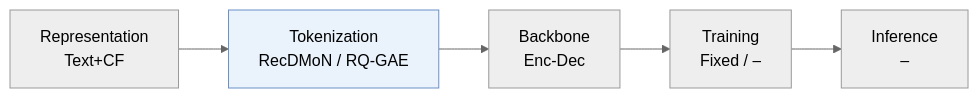
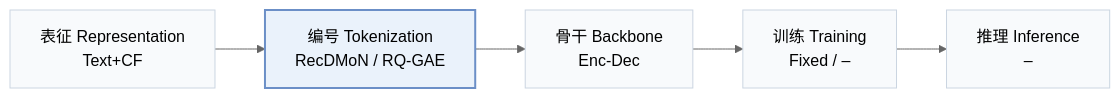
The first of 2 diagrams in pages/zh/papers/gris-recdmon-rq-gae.md (Galaxy-ghost/Awesome-SID-Generative-Rec), drawn with Mermaid (neutral theme) before and after one commit. The commit also changed other lines of this file and 649 other files, not shown here.

Commit message:
writer-05: also tags and modality index (schema, check, build, visuals); summary field removed; calibration data for 12 papers

````diff
--- a/pages/zh/papers/gris-recdmon-rq-gae.md
+++ b/pages/zh/papers/gris-recdmon-rq-gae.md
@@ -13,6 +15,8 @@
 ```mermaid
 flowchart LR
-    R["Representation<br/>Text+CF"] --> T["Tokenization<br/>RecDMoN / RQ-GAE"] --> B["Backbone<br/>Enc-Dec"] --> TR["Training<br/>Fixed / –"] --> I["Inference<br/>–"]
-    classDef main fill:#eaf2fb,stroke:#6b8fc7
+    R["表征 Representation<br/>Text+CF"] --> T["编号 Tokenization<br/>RecDMoN / RQ-GAE"] --> B["骨干 Backbone<br/>Enc-Dec"] --> TR["训练 Training<br/>Fixed / –"] --> I["推理 Inference<br/>–"]
+    classDef base fill:#f8fafc,stroke:#cbd5e1
+    class R,T,B,TR,I base
+    classDef main fill:#eaf2fb,stroke:#6b8fc7,stroke-width:2px
     class T main
 ```
````
